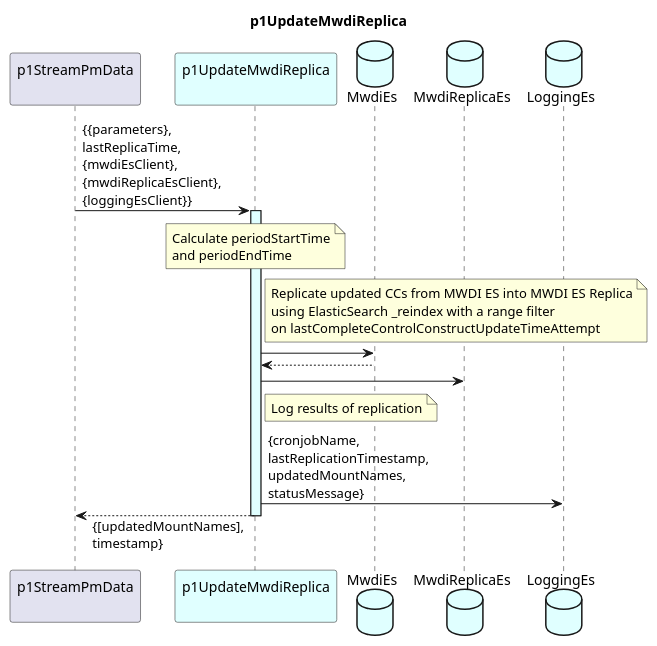
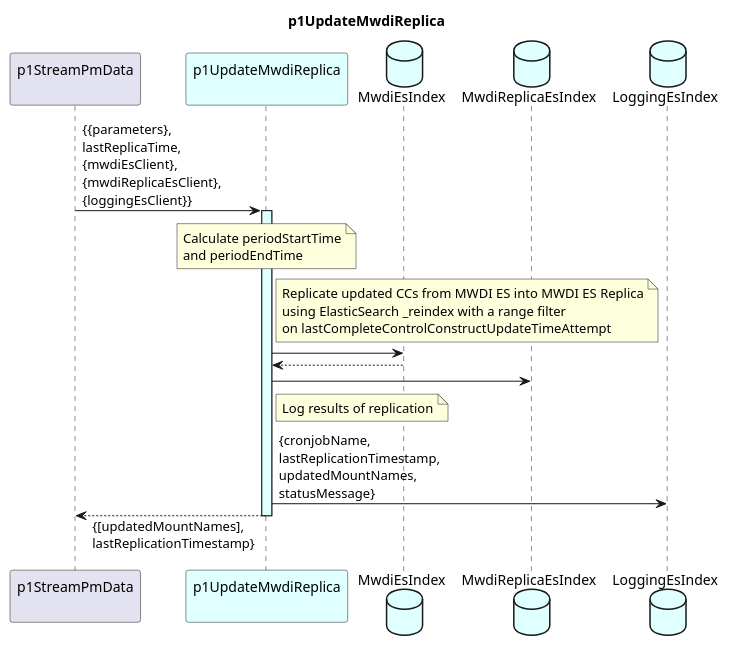
Before and after one commit to openBackhaul/DevicePerformanceManagementDataProcessor: the diagram in spec/Functions/specificFunctions/p1StreamPmData/p1UpdateMwdiReplica/1.0.0/p1UpdateMwdiReplica.plantuml, drawn with PlantUML. The commit also changed 4 other files, not shown here.

```diff
--- a/spec/Functions/specificFunctions/p1StreamPmData/p1UpdateMwdiReplica/1.0.0/p1UpdateMwdiReplica.plantuml
+++ b/spec/Functions/specificFunctions/p1StreamPmData/p1UpdateMwdiReplica/1.0.0/p1UpdateMwdiReplica.plantuml
@@ -1,40 +1,40 @@
 @startuml p1UpdateMwdiReplica
 skinparam responseMessageBelowArrow true
 
 title
   p1UpdateMwdiReplica
 end title
 
 participant "p1StreamPmData\n" as p1SPMD
 participant "p1UpdateMwdiReplica\n" as p1UMWR #LightCyan
-database "MwdiEs" as mwdiEs #LightCyan
-database "MwdiReplicaEs" as mwdiReplicaEs #LightCyan
-database "LoggingEs" as log #LightCyan
+database "MwdiEsIndex" as mwdiEs #LightCyan
+database "MwdiReplicaEsIndex" as mwdiReplicaEs #LightCyan
+database "LoggingEsIndex" as log #LightCyan
 
 p1SPMD -> p1UMWR : {{parameters},\nlastReplicaTime,\n{mwdiEsClient},\n{mwdiReplicaEsClient},\n{loggingEsClient}}
 activate p1UMWR #LightCyan
 
   note over p1UMWR
     Calculate periodStartTime
     and periodEndTime
   end note
 
   note right p1UMWR
     Replicate updated CCs from MWDI ES into MWDI ES Replica
     using ElasticSearch _reindex with a range filter
     on lastCompleteControlConstructUpdateTimeAttempt
   end note
   p1UMWR -> mwdiEs
   p1UMWR <-- mwdiEs
   p1UMWR -> mwdiReplicaEs
 
   note right p1UMWR
     Log results of replication
   end note
   p1UMWR -> log : {cronjobName,\nlastReplicationTimestamp,\nupdatedMountNames,\nstatusMessage}
 
 
-p1SPMD <-- p1UMWR : {[updatedMountNames],\ntimestamp}
+p1SPMD <-- p1UMWR : {[updatedMountNames],\nlastReplicationTimestamp}
 deactivate p1UMWR
 
 @enduml
```
